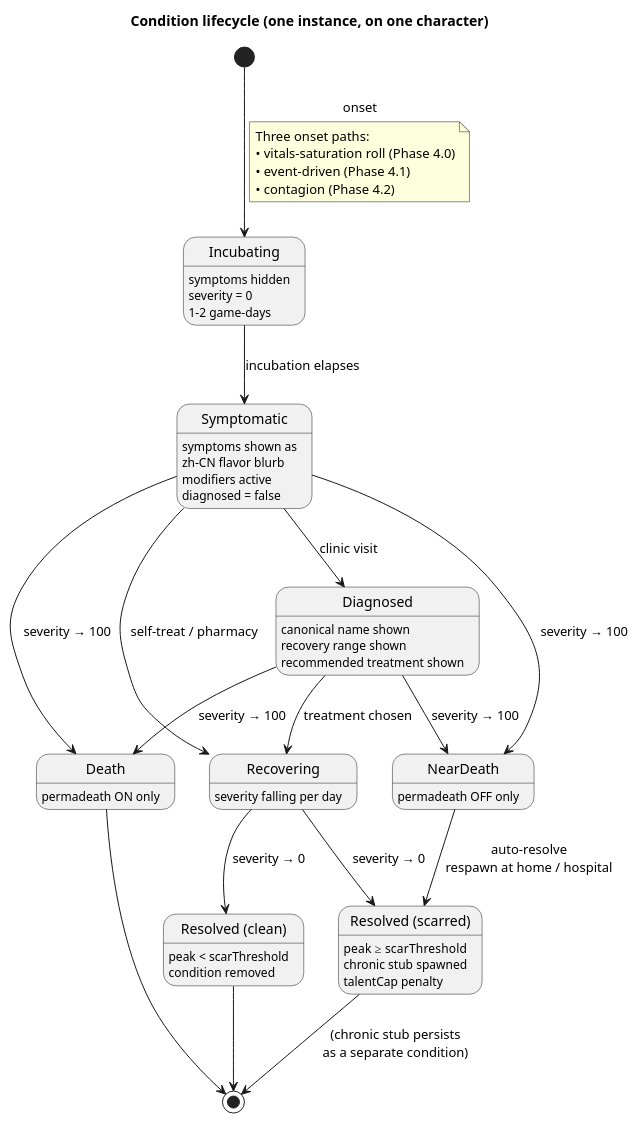
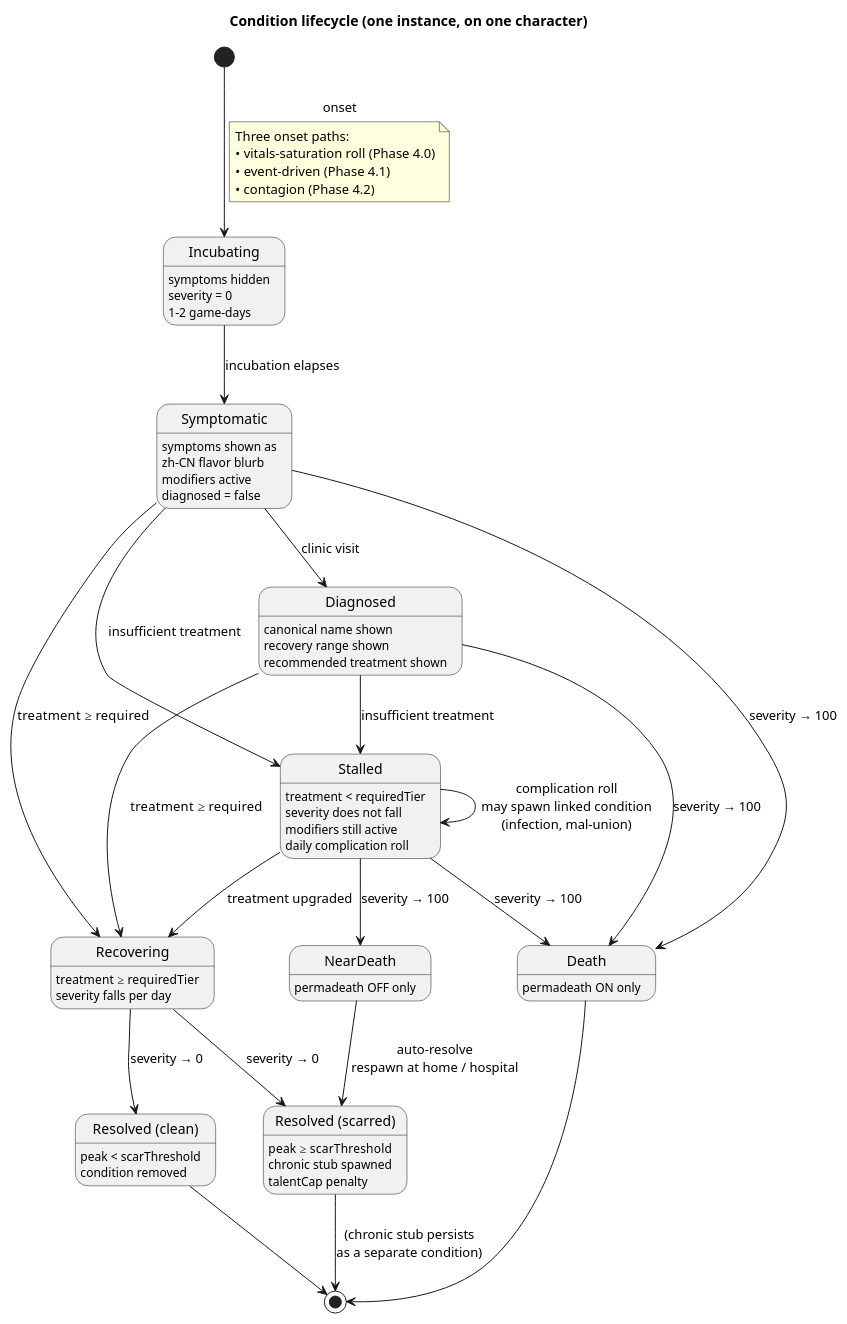
Before and after one commit to Leo927/UCLife: the second of 3 diagrams in Design/characters/physiology.md, drawn with PlantUML. The commit also changed other lines of this file, not shown here.

````diff
--- a/Design/characters/physiology.md
+++ b/Design/characters/physiology.md
@@ -121,38 +123,43 @@
 ```puml
 @startuml
 title Condition lifecycle (one instance, on one character)
 
 [*] --> Incubating : onset
 note on link
   Three onset paths:
   • vitals-saturation roll (Phase 4.0)
   • event-driven (Phase 4.1)
   • contagion (Phase 4.2)
 end note
 
 state Incubating : symptoms hidden\nseverity = 0\n1–2 game-days
 state Symptomatic : symptoms shown as\nzh-CN flavor blurb\nmodifiers active\ndiagnosed = false
 state Diagnosed : canonical name shown\nrecovery range shown\nrecommended treatment shown
-state Recovering : severity falling per day
+state Stalled : treatment < requiredTier\nseverity does not fall\nmodifiers still active\ndaily complication roll
+state Recovering : treatment ≥ requiredTier\nseverity falls per day
 state "Resolved (clean)" as Clean : peak < scarThreshold\ncondition removed
 state "Resolved (scarred)" as Scar : peak ≥ scarThreshold\nchronic stub spawned\ntalentCap penalty
 state NearDeath : permadeath OFF only
 state Death : permadeath ON only
 
 Incubating --> Symptomatic : incubation elapses
 Symptomatic --> Diagnosed : clinic visit
-Symptomatic --> Recovering : self-treat / pharmacy
-Diagnosed --> Recovering : treatment chosen
+Symptomatic --> Stalled : insufficient treatment
+Symptomatic --> Recovering : treatment ≥ required
+Diagnosed --> Stalled : insufficient treatment
+Diagnosed --> Recovering : treatment ≥ required
+Stalled --> Recovering : treatment upgraded
+Stalled --> Stalled : complication roll\nmay spawn linked condition\n(infection, mal-union)
 Recovering --> Clean : severity → 0
 Recovering --> Scar : severity → 0
 Symptomatic --> Death : severity → 100
-Symptomatic --> NearDeath : severity → 100
+Stalled --> Death : severity → 100
+Stalled --> NearDeath : severity → 100
 Diagnosed --> Death : severity → 100
-Diagnosed --> NearDeath : severity → 100
 NearDeath --> Scar : auto-resolve\nrespawn at home / hospital
 
 Clean --> [*]
 Scar --> [*] : (chronic stub persists\nas a separate condition)
 Death --> [*]
 @enduml
 ```
````
